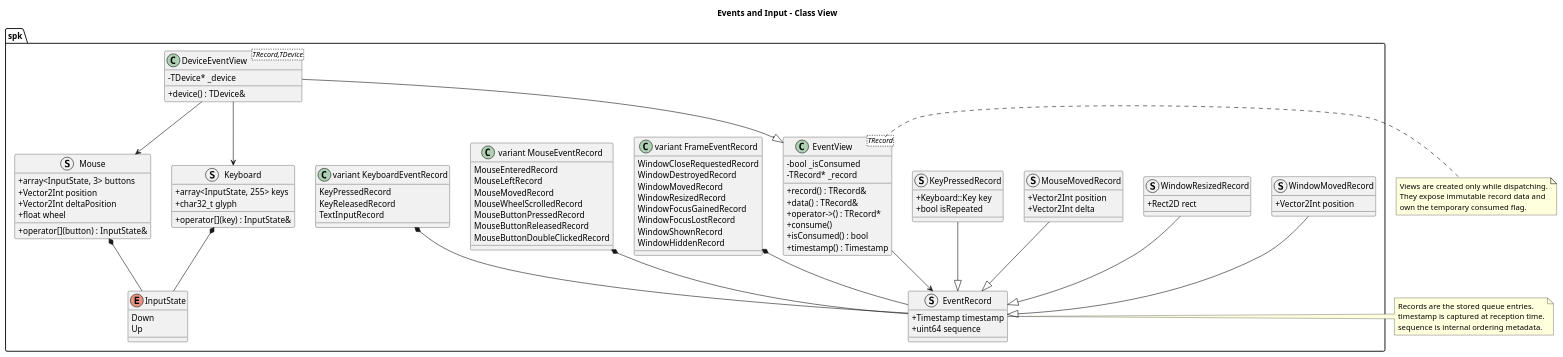
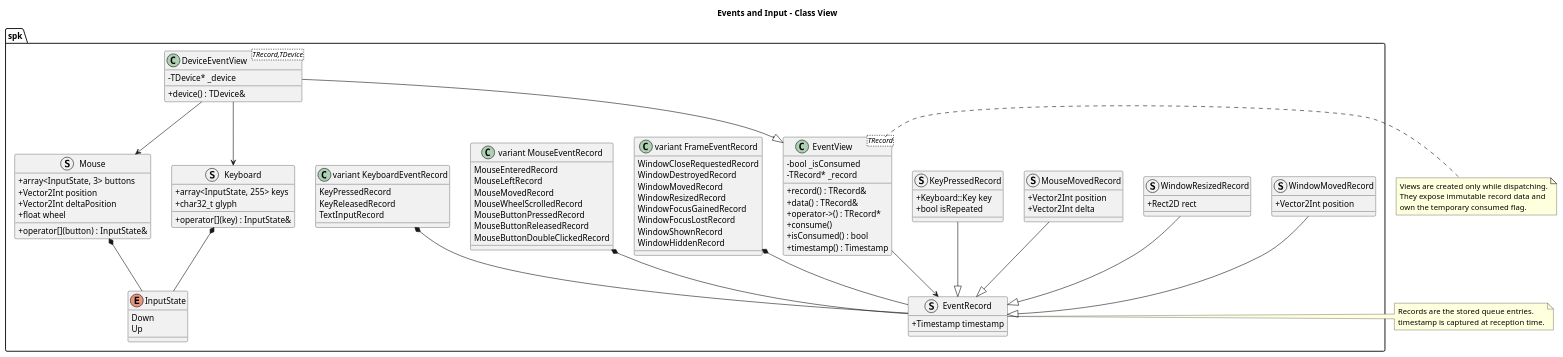
The diagram in documentation/architecture/diagrams/events-input-class.puml (Hyarius/Sparkle), drawn with PlantUML before and after one commit. The commit also changed 39 other files, not shown here.

```diff
--- a/documentation/architecture/diagrams/events-input-class.puml
+++ b/documentation/architecture/diagrams/events-input-class.puml
@@ -1,119 +1,117 @@
 @startuml
 title Events and Input - Class View
 
 skinparam classAttributeIconSize 0
 
 namespace spk {
 	enum InputState {
 		Down
 		Up
 	}
 
 	struct Mouse {
 		+ array<InputState, 3> buttons
 		+ Vector2Int position
 		+ Vector2Int deltaPosition
 		+ float wheel
 		+ operator[](button) : InputState&
 	}
 
 	struct Keyboard {
 		+ array<InputState, 255> keys
 		+ char32_t glyph
 		+ operator[](key) : InputState&
 	}
 
 	struct EventRecord {
 		+ Timestamp timestamp
-		+ uint64 sequence
 	}
 
 	struct WindowMovedRecord {
 		+ Vector2Int position
 	}
 
 	struct WindowResizedRecord {
 		+ Rect2D rect
 	}
 
 	struct MouseMovedRecord {
 		+ Vector2Int position
 		+ Vector2Int delta
 	}
 
 	struct KeyPressedRecord {
 		+ Keyboard::Key key
 		+ bool isRepeated
 	}
 
 	class "EventView<TRecord>" as EventView {
 		- bool _isConsumed
 		- TRecord* _record
 		+ record() : TRecord&
 		+ data() : TRecord&
 		+ operator->() : TRecord*
 		+ consume()
 		+ isConsumed() : bool
 		+ timestamp() : Timestamp
 	}
 
 	class "DeviceEventView<TRecord,TDevice>" as DeviceEventView {
 		- TDevice* _device
 		+ device() : TDevice&
 	}
 
 	class "variant FrameEventRecord" as FrameEventRecord {
 		WindowCloseRequestedRecord
 		WindowDestroyedRecord
 		WindowMovedRecord
 		WindowResizedRecord
 		WindowFocusGainedRecord
 		WindowFocusLostRecord
 		WindowShownRecord
 		WindowHiddenRecord
 	}
 
 	class "variant MouseEventRecord" as MouseEventRecord {
 		MouseEnteredRecord
 		MouseLeftRecord
 		MouseMovedRecord
 		MouseWheelScrolledRecord
 		MouseButtonPressedRecord
 		MouseButtonReleasedRecord
 		MouseButtonDoubleClickedRecord
 	}
 
 	class "variant KeyboardEventRecord" as KeyboardEventRecord {
 		KeyPressedRecord
 		KeyReleasedRecord
 		TextInputRecord
 	}
 }
 
 spk.Mouse *-- spk.InputState
 spk.Keyboard *-- spk.InputState
 spk.WindowMovedRecord --|> spk.EventRecord
 spk.WindowResizedRecord --|> spk.EventRecord
 spk.MouseMovedRecord --|> spk.EventRecord
 spk.KeyPressedRecord --|> spk.EventRecord
 spk.EventView --> spk.EventRecord
 spk.DeviceEventView --|> spk.EventView
 spk.DeviceEventView --> spk.Mouse
 spk.DeviceEventView --> spk.Keyboard
 spk.FrameEventRecord *-- spk.EventRecord
 spk.MouseEventRecord *-- spk.EventRecord
 spk.KeyboardEventRecord *-- spk.EventRecord
 
 note right of spk.EventRecord
 Records are the stored queue entries.
 timestamp is captured at reception time.
-sequence is internal ordering metadata.
 end note
 
 note right of spk.EventView
 Views are created only while dispatching.
 They expose immutable record data and
 own the temporary consumed flag.
 end note
 
 @enduml
```
